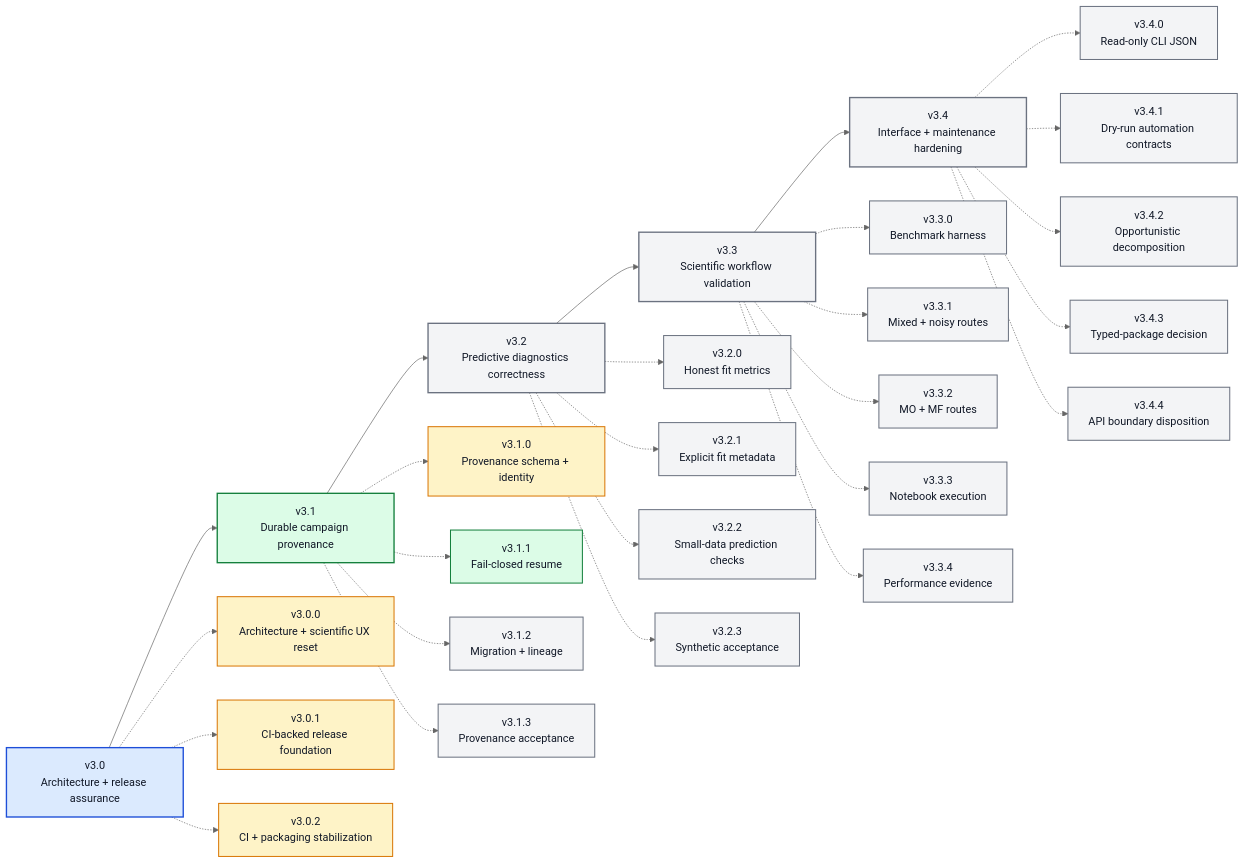
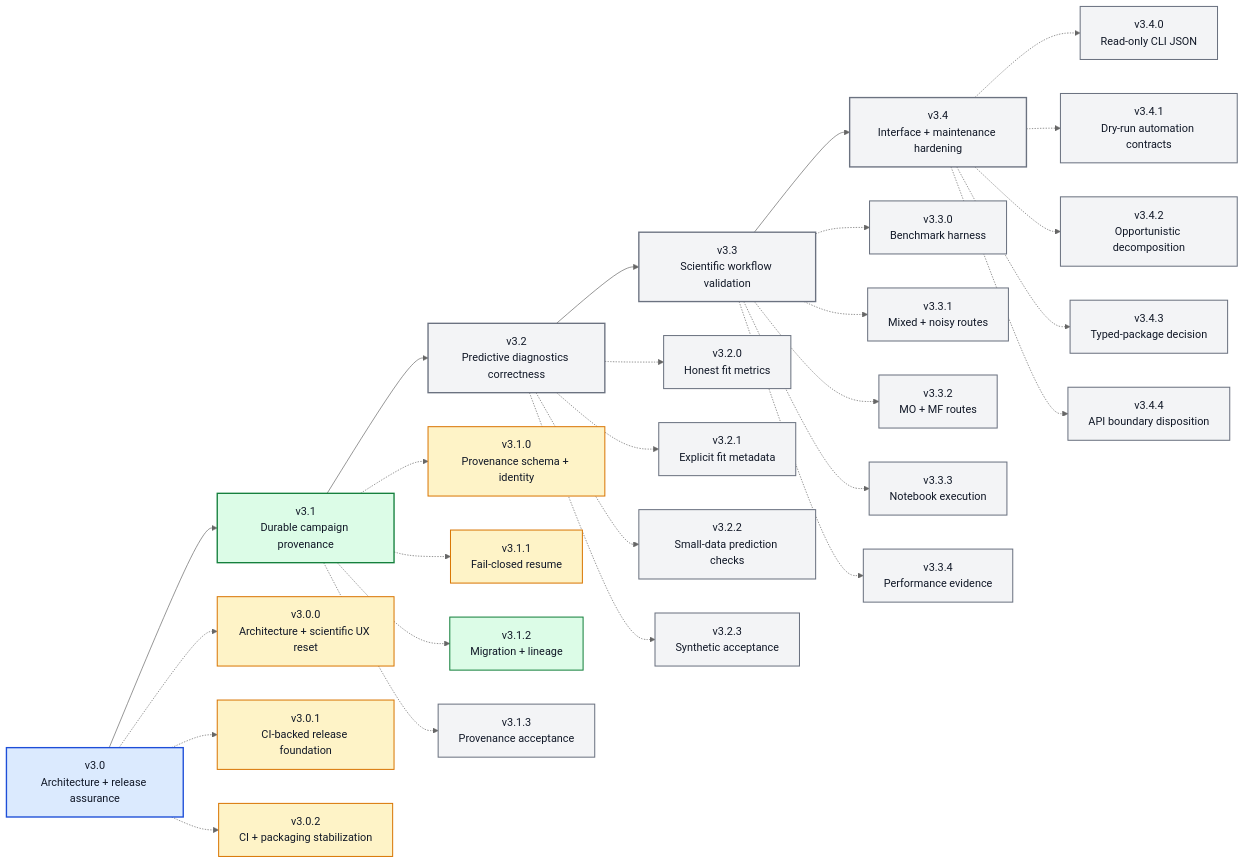
One commit to angzeli/bo-forge changed the diagram in ROADMAP_V3_X.md. Above: the diagram before and after it, drawn with Mermaid (neutral theme). The commit also changed other lines of this file and 43 other files, not shown here.

````diff
--- a/ROADMAP_V3_X.md
+++ b/ROADMAP_V3_X.md
@@ -13,63 +13,63 @@
 ```mermaid
 flowchart LR
     v30["v3.0<br/>Architecture + release assurance"] --> v31["v3.1<br/>Durable campaign provenance"] --> v32["v3.2<br/>Predictive diagnostics correctness"] --> v33["v3.3<br/>Scientific workflow validation"] --> v34["v3.4<br/>Interface + maintenance hardening"]
 
     v300["v3.0.0<br/>Architecture + scientific UX reset"]
     v301["v3.0.1<br/>CI-backed release foundation"]
     v302["v3.0.2<br/>CI + packaging stabilization"]
     v310["v3.1.0<br/>Provenance schema + identity"]
     v311["v3.1.1<br/>Fail-closed resume"]
     v312["v3.1.2<br/>Migration + lineage"]
     v313["v3.1.3<br/>Provenance acceptance"]
     v320["v3.2.0<br/>Honest fit metrics"]
     v321["v3.2.1<br/>Explicit fit metadata"]
     v322["v3.2.2<br/>Small-data prediction checks"]
     v323["v3.2.3<br/>Synthetic acceptance"]
     v330["v3.3.0<br/>Benchmark harness"]
     v331["v3.3.1<br/>Mixed + noisy routes"]
     v332["v3.3.2<br/>MO + MF routes"]
     v333["v3.3.3<br/>Notebook execution"]
     v334["v3.3.4<br/>Performance evidence"]
     v340["v3.4.0<br/>Read-only CLI JSON"]
     v341["v3.4.1<br/>Dry-run automation contracts"]
     v342["v3.4.2<br/>Opportunistic decomposition"]
     v343["v3.4.3<br/>Typed-package decision"]
     v344["v3.4.4<br/>API boundary disposition"]
 
     v30 -.-> v300
     v30 -.-> v301
     v30 -.-> v302
     v31 -.-> v310
     v31 -.-> v311
     v31 -.-> v312
     v31 -.-> v313
     v32 -.-> v320
     v32 -.-> v321
     v32 -.-> v322
     v32 -.-> v323
     v33 -.-> v330
     v33 -.-> v331
     v33 -.-> v332
     v33 -.-> v333
     v33 -.-> v334
     v34 -.-> v340
     v34 -.-> v341
     v34 -.-> v342
     v34 -.-> v343
     v34 -.-> v344
 
     class v30 majorDone
     class v31 majorActive
     class v32,v33,v34 majorFuture
     class v300,v301,v302 patchDone
-    class v310 patchDone
-    class v311 patchActive
-    class v312,v313,v320,v321,v322,v323,v330,v331,v332,v333,v334,v340,v341,v342,v343,v344 patchFuture
+    class v310,v311 patchDone
+    class v312 patchActive
+    class v313,v320,v321,v322,v323,v330,v331,v332,v333,v334,v340,v341,v342,v343,v344 patchFuture
 
     classDef majorDone fill:#dbeafe,stroke:#1d4ed8,stroke-width:2px,color:#111827;
     classDef majorActive fill:#dcfce7,stroke:#15803d,stroke-width:2px,color:#111827;
     classDef majorFuture fill:#f3f4f6,stroke:#6b7280,stroke-width:2px,color:#111827;
     classDef patchDone fill:#fef3c7,stroke:#d97706,stroke-width:1.5px,color:#111827;
     classDef patchActive fill:#dcfce7,stroke:#15803d,stroke-width:1.5px,color:#111827;
     classDef patchFuture fill:#f3f4f6,stroke:#6b7280,stroke-width:1.5px,color:#111827;
 ```
````
